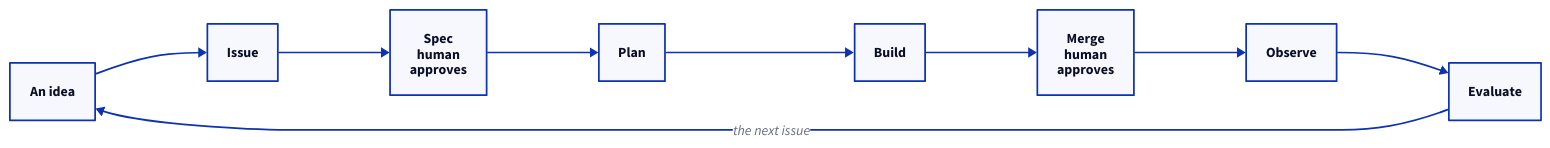
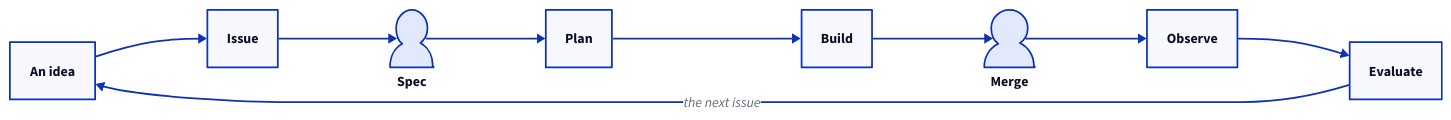
One commit to mesagroup/ai-agent-development-handbook changed the diagram in docs/engineering/README.md. Above: the diagram before and after it, drawn with D2. The commit also changed 1 other file, not shown here.

Commit message:
docs(lidia-tech/lidia-agents#537): mark the story arc's human gates with a shape, not a label
Spelling "human approves" inside the two gated boxes was the expensive
way to say it. In d2 the label is the minimum box size, so in a
horizontal chain every widened box pushes the whole figure past the
measure: those two words cost 101px of width and forced the entire
diagram to 0.91 scale, shrinking every label on it to 10.9px.

`shape: person` says the same thing and moves the label outside the
shape, so the gated nodes end up narrower than plain rectangles. The arc
drops 848 -> 747px and now renders at natural size, which is what puts
its labels back at a true 12px alongside every other diagram.

Measured alternatives, all wider than the 771px measure:

- a separate person node per gate: 875x303, silhouettes dominating
- bold gate edges: 807px, chunky arrowheads reading as noise
- accent stroke on the gated nodes: 807px, unreadable without a legend

The caption carries the legend, so the meaning never rests on the shape
alone.

Refs lidia-tech/lidia-agents#537

````diff
--- a/docs/engineering/README.md
+++ b/docs/engineering/README.md
@@ -23,13 +23,13 @@
-```d2 title="The story of a change"
+```d2 title="The story of a change; the human shapes are its two gates"
 direction: right
 idea: An idea
 issue: Issue
-spec: "Spec\nhuman\napproves"
+spec: Spec {shape: person}
 plan: Plan
 build: Build
-merge: "Merge\nhuman\napproves"
+merge: Merge {shape: person}
 run: Observe
 decide: Evaluate
 idea -> issue -> spec -> plan -> build -> merge -> run -> decide
 decide -> idea: the next issue
 ```
````
